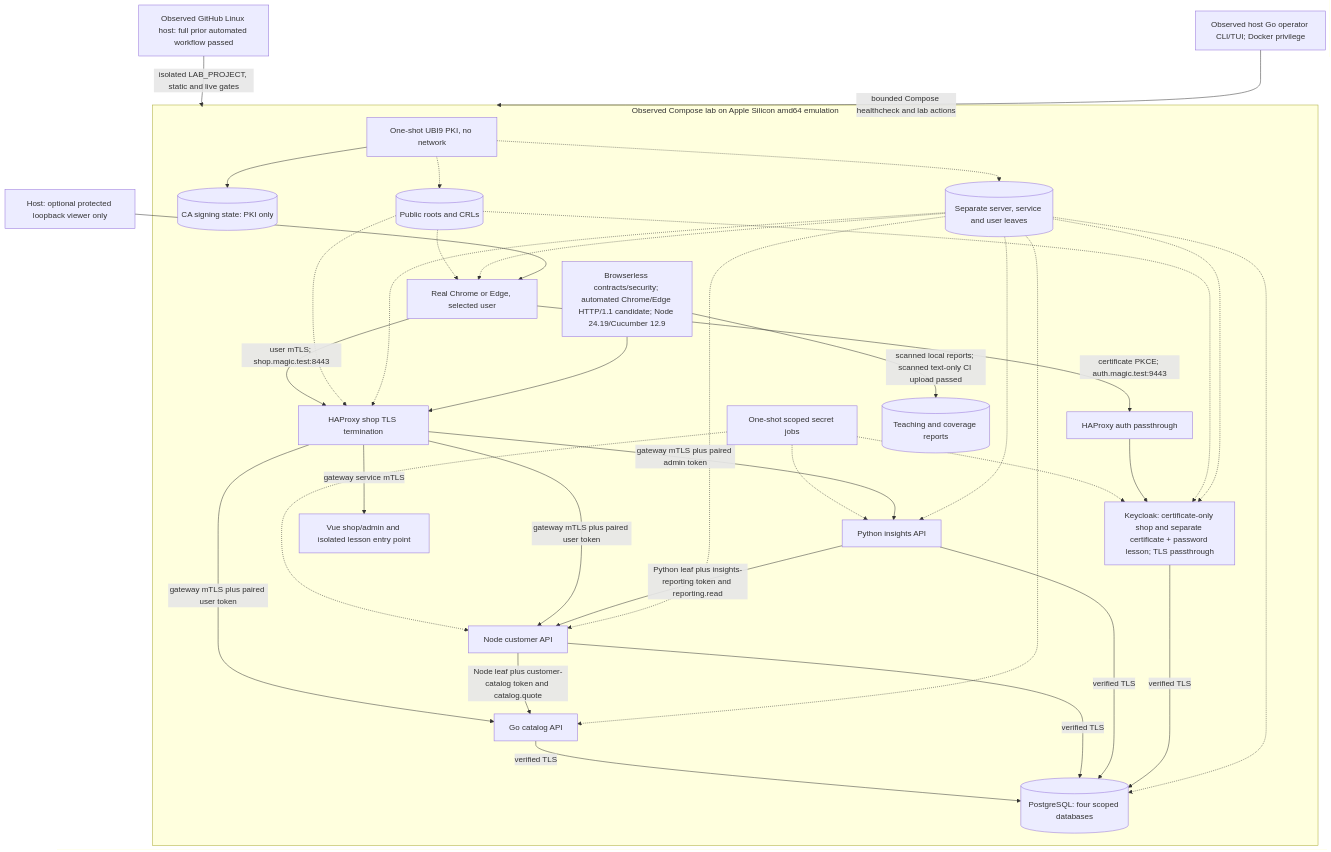
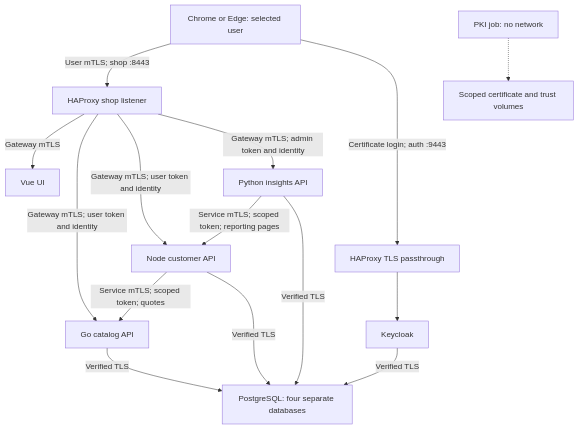
Before and after one commit to orieken/testing-with-certs: the first of 6 diagrams in docs/architecture.md, drawn with Mermaid. The commit also changed other lines of this file and 1 other file, not shown here.

Commit message:
docs: simplify architecture and authentication explanations

````diff
--- a/docs/architecture.md
+++ b/docs/architecture.md
@@ -18,39 +40,17 @@
 ```mermaid
 flowchart TB
-  CI["Observed GitHub Linux host: full prior automated workflow passed"] -->|"isolated LAB_PROJECT, static and live gates"| Lab
-  Operator["Observed host Go operator CLI/TUI; Docker privilege"] -->|"bounded Compose healthcheck and lab actions"| Lab
-  subgraph Lab["Observed Compose lab on Apple Silicon amd64 emulation"]
-    PKI["One-shot UBI9 PKI, no network"] --> CA[("CA signing state: PKI only")]
-    PKI -.-> Trust[("Public roots and CRLs")]
-    PKI -.-> Leaves[("Separate server, service and user leaves")]
-    Secrets["One-shot scoped secret jobs"] -.-> KC["Keycloak: certificate-only shop and separate certificate + password lesson; TLS passthrough"]
-    Secrets -.-> Node["Node customer API"]
-    Secrets -.-> Python["Python insights API"]
-    Browser["Real Chrome or Edge, selected user"] -->|"user mTLS; shop.magic.test:8443"| HA["HAProxy shop TLS termination"]
-    Browser -->|"certificate PKCE; auth.magic.test:9443"| Tunnel["HAProxy auth passthrough"]
-    Tunnel --> KC
-    HA -->|"gateway service mTLS"| UI["Vue shop/admin and isolated lesson entry point"]
-    HA -->|"gateway mTLS plus paired user token"| Go["Go catalog API"]
-    HA -->|"gateway mTLS plus paired user token"| Node
-    HA -->|"gateway mTLS plus paired admin token"| Python
-    Node -->|"Node leaf plus customer-catalog token and catalog.quote"| Go
-    Python -->|"Python leaf plus insights-reporting token and reporting.read"| Node
-    Go -->|"verified TLS"| DB[("PostgreSQL: four scoped databases")]
-    Node -->|"verified TLS"| DB
-    Python -->|"verified TLS"| DB
-    KC -->|"verified TLS"| DB
-    Trust -.-> Browser
-    Trust -.-> HA
-    Trust -.-> KC
-    Leaves -.-> Browser
-    Leaves -.-> HA
-    Leaves -.-> KC
-    Leaves -.-> Go
-    Leaves -.-> Node
-    Leaves -.-> Python
-    Leaves -.-> DB
-    Tests["Browserless contracts/security; automated Chrome/Edge HTTP/1.1 candidate; Node 24.19/Cucumber 12.9"] --> HA
-    Tests -->|"scanned local reports; scanned text-only CI upload passed"| Reports[("Teaching and coverage reports")]
-  end
-  Host["Host: optional protected loopback viewer only"] --> Browser
+  Browser["Chrome or Edge: selected user"] -->|"User mTLS; shop :8443"| Gateway["HAProxy shop listener"]
+  Browser -->|"Certificate login; auth :9443"| Tunnel["HAProxy TLS passthrough"]
+  Tunnel --> Keycloak["Keycloak"]
+  Gateway -->|"Gateway mTLS"| Vue["Vue UI"]
+  Gateway -->|"Gateway mTLS; user token and identity"| Catalog["Go catalog API"]
+  Gateway -->|"Gateway mTLS; user token and identity"| Customer["Node customer API"]
+  Gateway -->|"Gateway mTLS; admin token and identity"| Insights["Python insights API"]
+  Customer -->|"Service mTLS; scoped token; quotes"| Catalog
+  Insights -->|"Service mTLS; scoped token; reporting pages"| Customer
+  Catalog -->|"Verified TLS"| Database["PostgreSQL: four separate databases"]
+  Customer -->|"Verified TLS"| Database
+  Insights -->|"Verified TLS"| Database
+  Keycloak -->|"Verified TLS"| Database
+  PKI["PKI job: no network"] -.-> Trust["Scoped certificate and trust volumes"]
 ```
````
